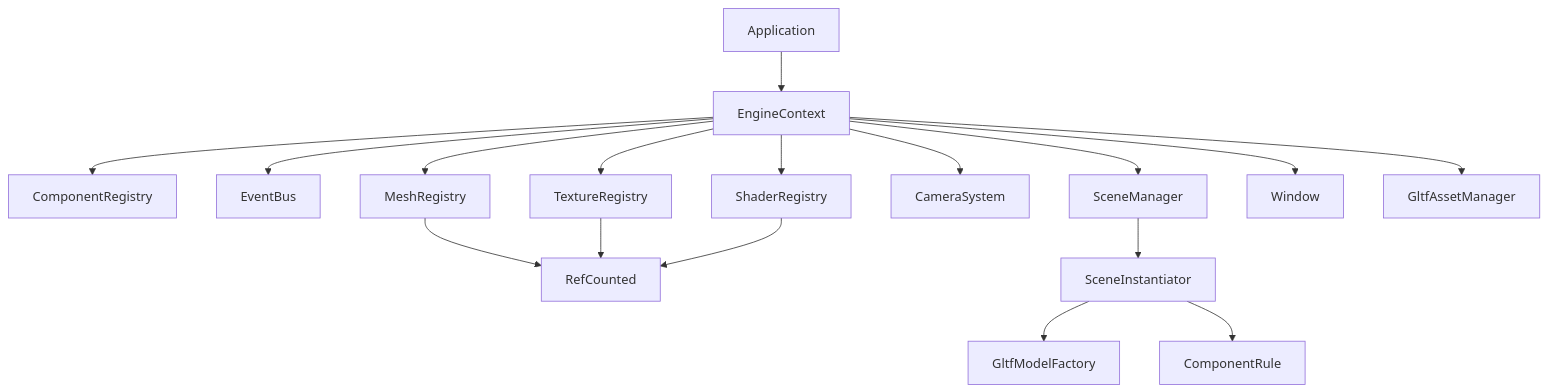
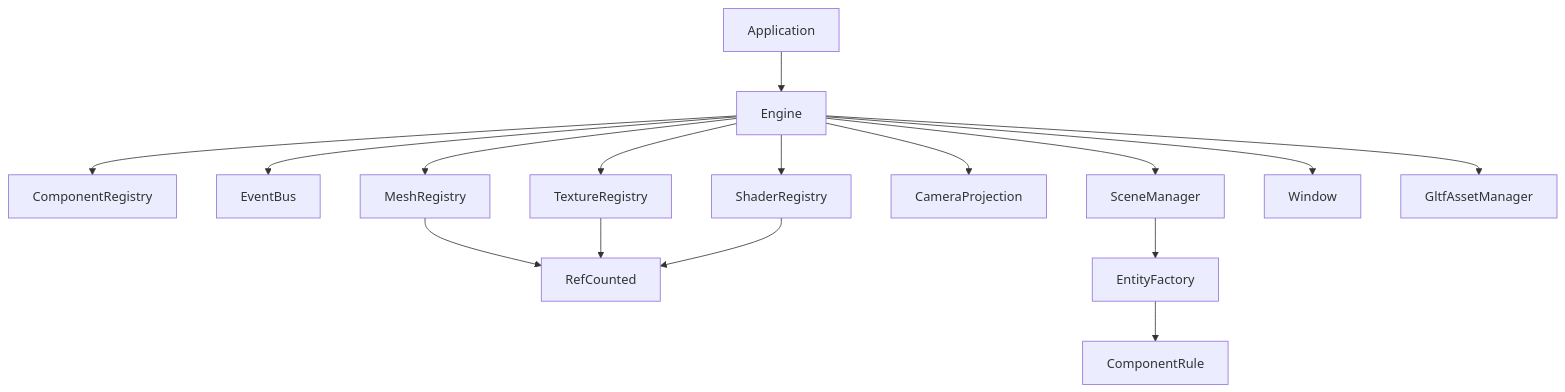
One commit to Chapslock/neon-racer changed the first of 9 diagrams in README.md. Above: the diagram before and after it, drawn with Mermaid. The commit also changed other lines of this file and 1 other file, not shown here.

Commit message:
docs: rewrite README to match current architecture

````diff
--- a/README.md
+++ b/README.md
@@ -12,21 +29,20 @@
 ```mermaid
 graph TD
-    App[Application] --> EC[EngineContext]
-    EC --> CR[ComponentRegistry]
-    EC --> EB[EventBus]
-    EC --> MR[MeshRegistry]
-    EC --> TR[TextureRegistry]
-    EC --> SR[ShaderRegistry]
-    EC --> CS[CameraSystem]
-    EC --> SM[SceneManager]
-    EC --> Win[Window]
-    EC --> GAM[GltfAssetManager]
+    App[Application] --> Engine[Engine]
+    Engine --> CR[ComponentRegistry]
+    Engine --> EB[EventBus]
+    Engine --> MR[MeshRegistry]
+    Engine --> TR[TextureRegistry]
+    Engine --> SR[ShaderRegistry]
+    Engine --> CP[CameraProjection]
+    Engine --> SM[SceneManager]
+    Engine --> Win[Window]
+    Engine --> GAM[GltfAssetManager]
 
     MR --> RC[RefCounted]
     TR --> RC
     SR --> RC
 
-    SM --> SI[SceneInstantiator]
-    SI --> GMF[GltfModelFactory]
-    SI --> CV[ComponentRule]
+    SM --> EF[EntityFactory]
+    EF --> CV[ComponentRule]
 ```
````
